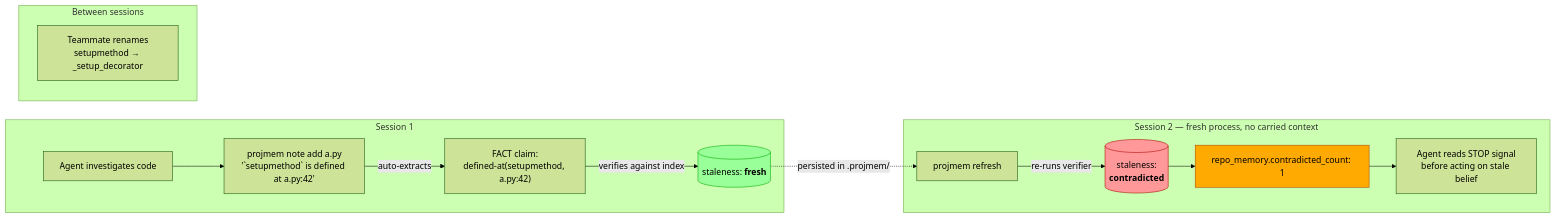
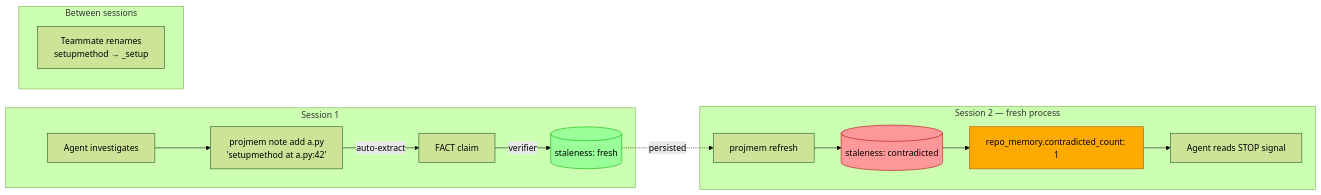
The first of 2 diagrams in README.md (m4ll0k/projmem), drawn with Mermaid (forest theme) before and after one commit. The commit also changed other lines of this file and 2 other files, not shown here.

````diff
--- a/README.md
+++ b/README.md
@@ -36,23 +42,20 @@
 ```mermaid
 flowchart LR
     subgraph S1["Session 1"]
-        A1[Agent investigates code] --> A2["projmem note add a.py<br/>'`setupmethod` is defined at a.py:42'"]
-        A2 -->|auto-extracts| C1["FACT claim:<br/>defined-at(setupmethod, a.py:42)"]
-        C1 -->|verifies against index| ST1[("staleness: <b>fresh</b>")]
+        A1[Agent investigates] --> A2["projmem note add a.py<br/>'setupmethod at a.py:42'"]
+        A2 -->|auto-extract| C1["FACT claim"]
+        C1 -->|verifier| ST1[("staleness: fresh")]
     end
-
     subgraph DRIFT["Between sessions"]
-        D1[Teammate renames<br/>setupmethod → _setup_decorator]
+        D1[Teammate renames<br/>setupmethod → _setup]
     end
-
-    subgraph S2["Session 2 — fresh process, no carried context"]
-        ST1 -.->|persisted in .projmem/| RV[projmem refresh]
-        RV -->|re-runs verifier| ST2[("staleness:<br/><b>contradicted</b>")]
+    subgraph S2["Session 2 — fresh process"]
+        ST1 -.->|persisted| RV[projmem refresh]
+        RV --> ST2[("staleness: contradicted")]
         ST2 --> SIG["repo_memory.contradicted_count: 1"]
-        SIG --> AGENT[Agent reads STOP signal<br/>before acting on stale belief]
+        SIG --> AGENT[Agent reads STOP signal]
     end
-
     style ST1 fill:#9f9,stroke:#0a0
     style ST2 fill:#f99,stroke:#a00
     style SIG fill:#fa0,stroke:#a40,color:#000
 ```
````
